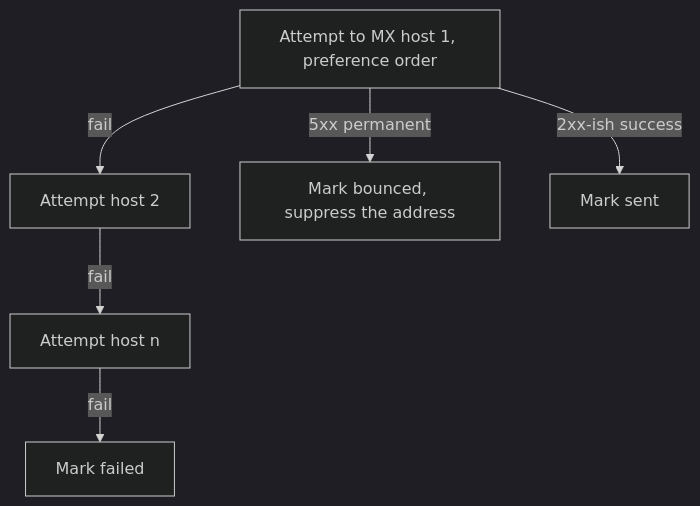
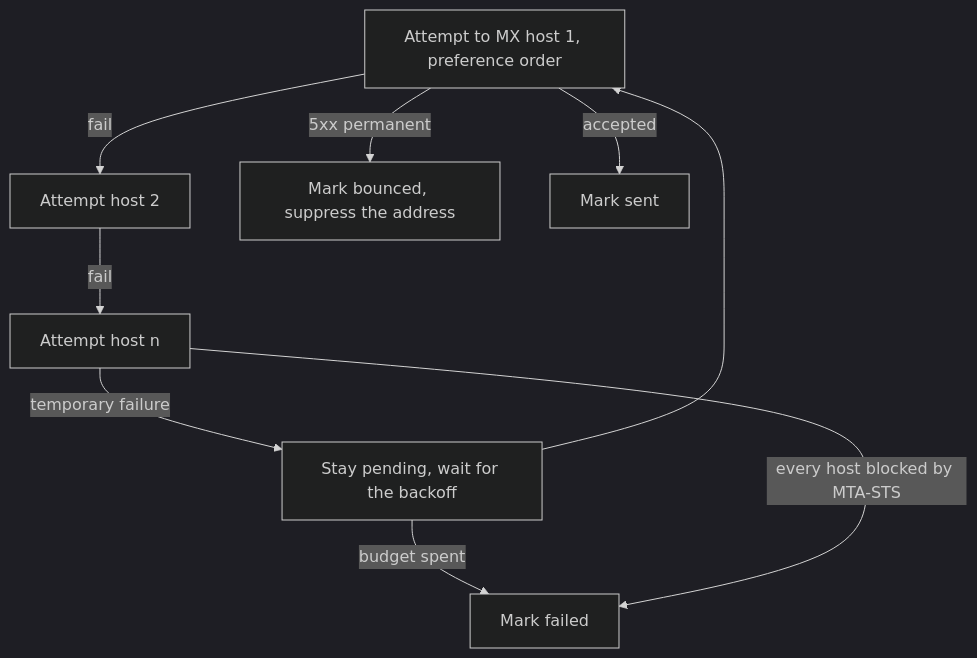
Before and after one commit to codingjoe/relay: the second of 2 diagrams in docs/docs/reliability.md, drawn with Mermaid (dark theme). The commit also changed other lines of this file and 7 other files, not shown here.

First line of the commit message:
Retry a temporary delivery failure for about an hour (#435)

````diff
--- a/docs/docs/reliability.md
+++ b/docs/docs/reliability.md
@@ -66,8 +69,11 @@
 ```mermaid
 flowchart TD
     A[Attempt to MX host 1, preference order] -- fail --> B[Attempt host 2]
     B -- fail --> C[Attempt host n]
-    C -- fail --> D[Mark failed]
-    A -- 5xx permanent --> E[Mark bounced, suppress the address]
-    A -- 2xx-ish success --> F[Mark sent]
+    A -- 5xx permanent --> D[Mark bounced, suppress the address]
+    A -- accepted --> E[Mark sent]
+    C -- temporary failure --> F[Stay pending, wait for the backoff]
+    F --> A
+    F -- budget spent --> G[Mark failed]
+    C -- every host blocked by MTA-STS --> G
 ```
````
